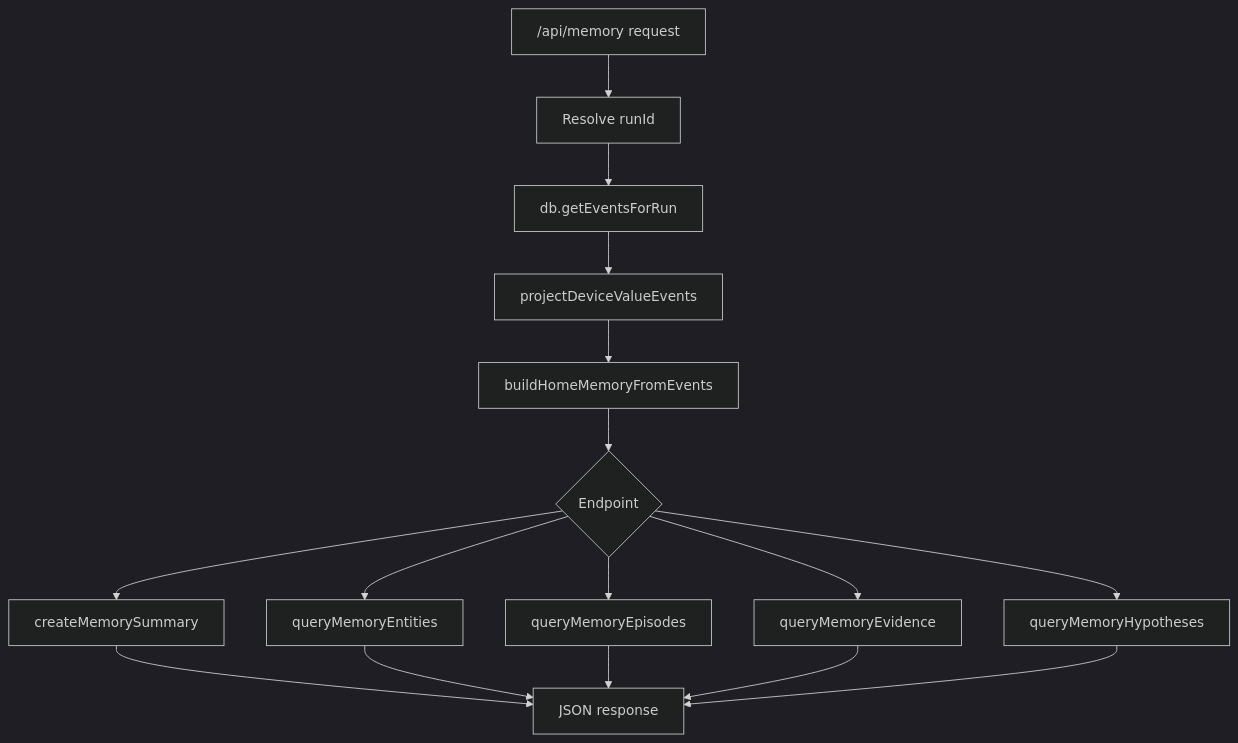
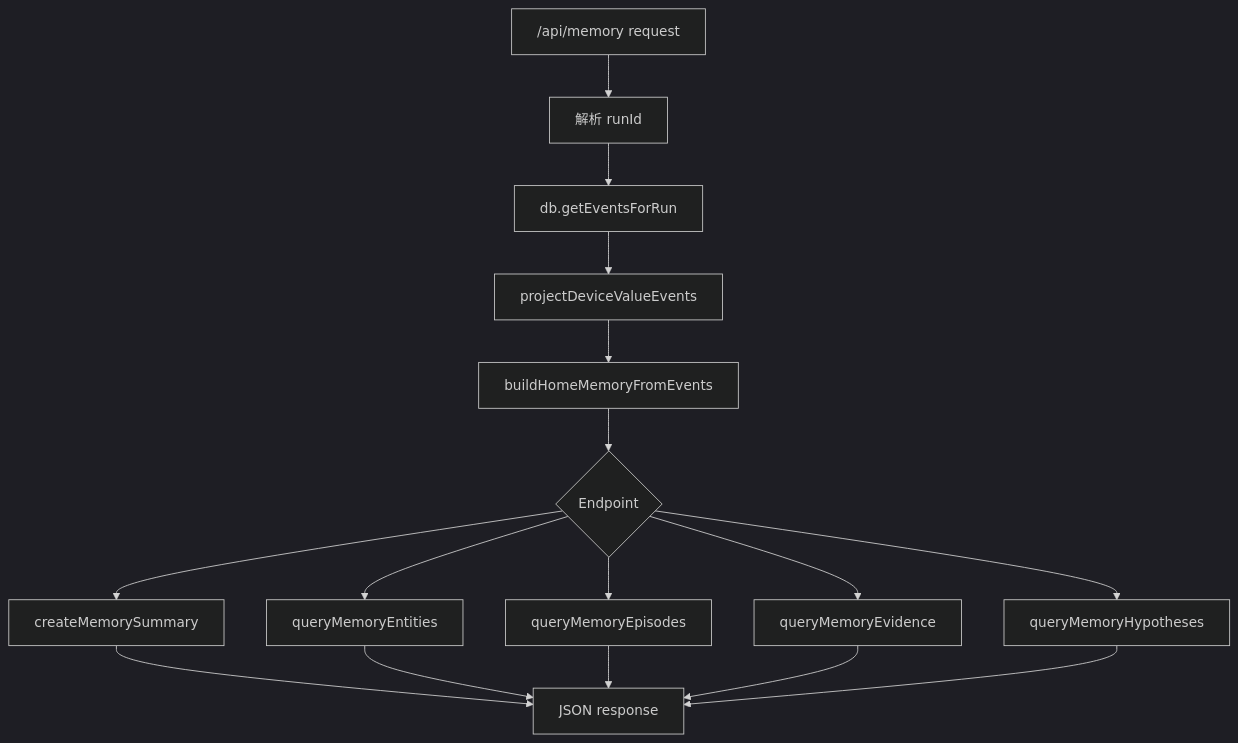
One commit to SudoJacky/VirtualHome changed the fifth of 6 diagrams in docs/home-memory-processing-flow.md. Above: the diagram before and after it, drawn with Mermaid (dark theme). The commit also changed other lines of this file and 2 other files, not shown here.

Commit message:
docs: translate flow docs to Chinese

````diff
--- a/docs/home-memory-processing-flow.md
+++ b/docs/home-memory-processing-flow.md
@@ -191,18 +191,18 @@
 ```mermaid
 flowchart TD
-  Request["/api/memory request"] --> CurrentRun[Resolve runId]
+  Request["/api/memory request"] --> CurrentRun[解析 runId]
   CurrentRun --> DB[db.getEventsForRun]
   DB --> Projection[projectDeviceValueEvents]
   Projection --> Reducer[buildHomeMemoryFromEvents]
   Reducer --> Query{Endpoint}
   Query --> Summary[createMemorySummary]
   Query --> Entities[queryMemoryEntities]
   Query --> Episodes[queryMemoryEpisodes]
   Query --> Evidence[queryMemoryEvidence]
   Query --> Hypotheses[queryMemoryHypotheses]
   Summary --> Response[JSON response]
   Entities --> Response
   Episodes --> Response
   Evidence --> Response
   Hypotheses --> Response
 ```
````
